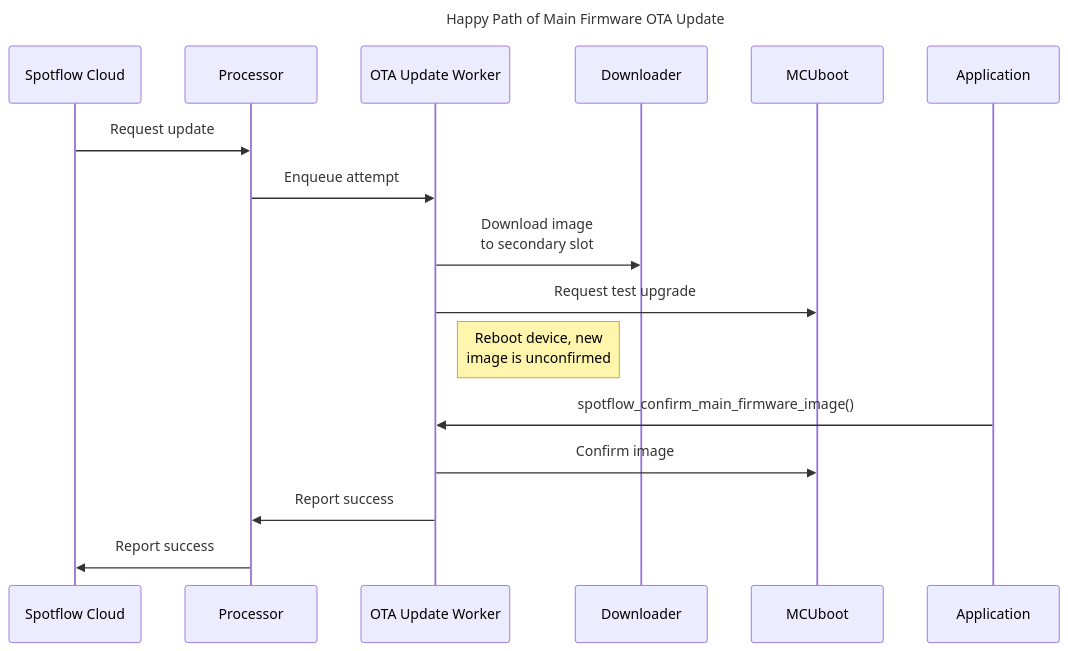
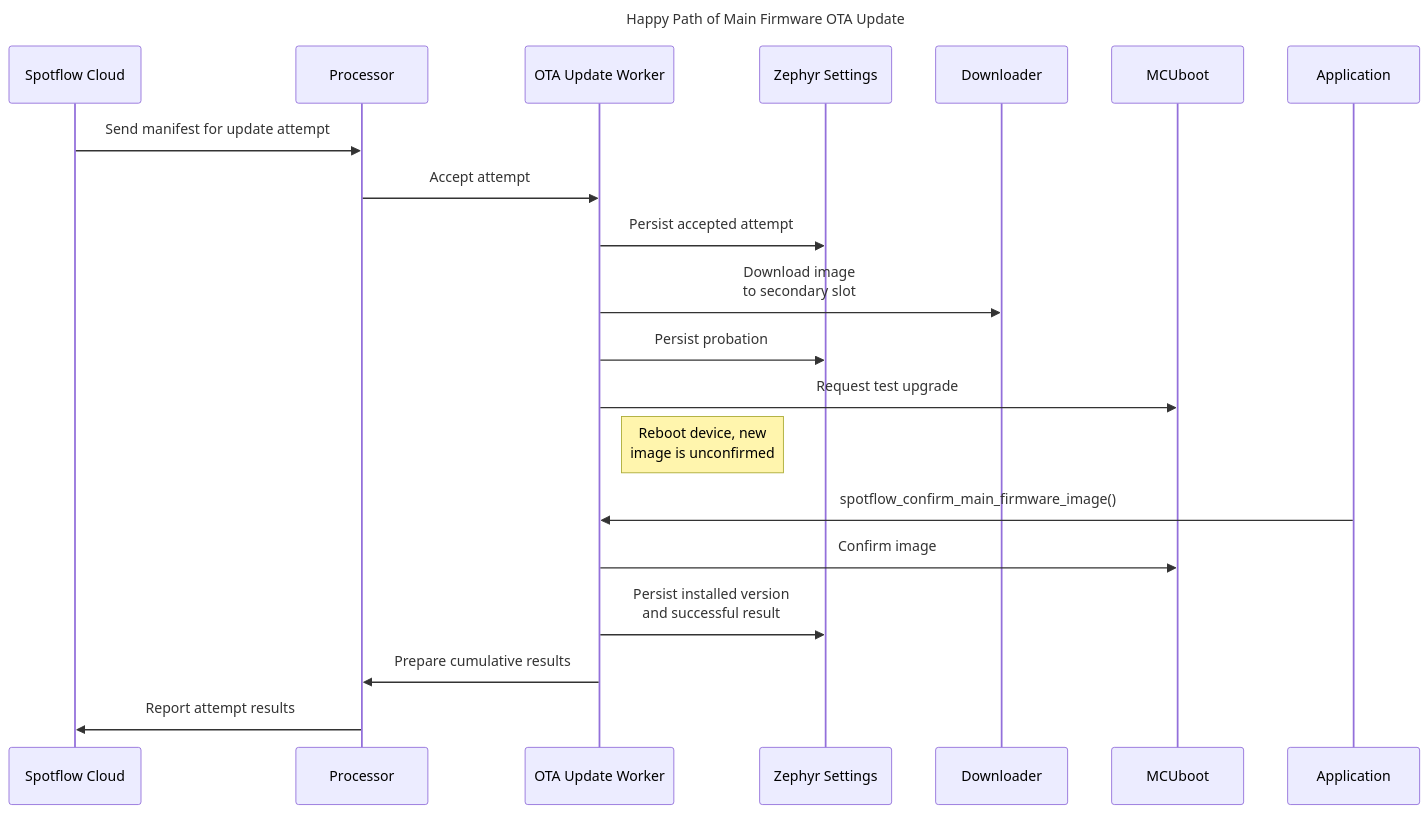
Before and after one commit to spotflow-io/device-sdk: the fifth of 5 diagrams in README.md, drawn with Mermaid. The commit also changed other lines of this file and 1 other file, not shown here.

Commit message:
Improve OTA description

````diff
--- a/README.md
+++ b/README.md
@@ -201,22 +218,26 @@
 ```mermaid
 ---
 title: Happy Path of Main Firmware OTA Update
 ---
 sequenceDiagram
     participant Cloud as Spotflow Cloud
     participant Processor
     participant OTA as OTA Update Worker
+    participant Settings as Zephyr Settings
     participant DL as Downloader
     participant Boot as MCUboot
     participant App as Application
 
-    Cloud->>Processor: Request update
-    Processor->>OTA: Enqueue attempt
+    Cloud->>Processor: Send manifest for update attempt
+    Processor->>OTA: Accept attempt
+    OTA->>Settings: Persist accepted attempt
     OTA->>DL: Download image<br />to secondary slot
+    OTA->>Settings: Persist probation
     OTA->>Boot: Request test upgrade
     Note right of OTA: Reboot device, new<br />image is unconfirmed
     App->>OTA: spotflow_confirm_main_firmware_image()
     OTA->>Boot: Confirm image
-    OTA->>Processor: Report success
-    Processor->>Cloud: Report success
+    OTA->>Settings: Persist installed version<br />and successful result
+    OTA->>Processor: Prepare cumulative results
+    Processor->>Cloud: Report attempt results
 ```
````
